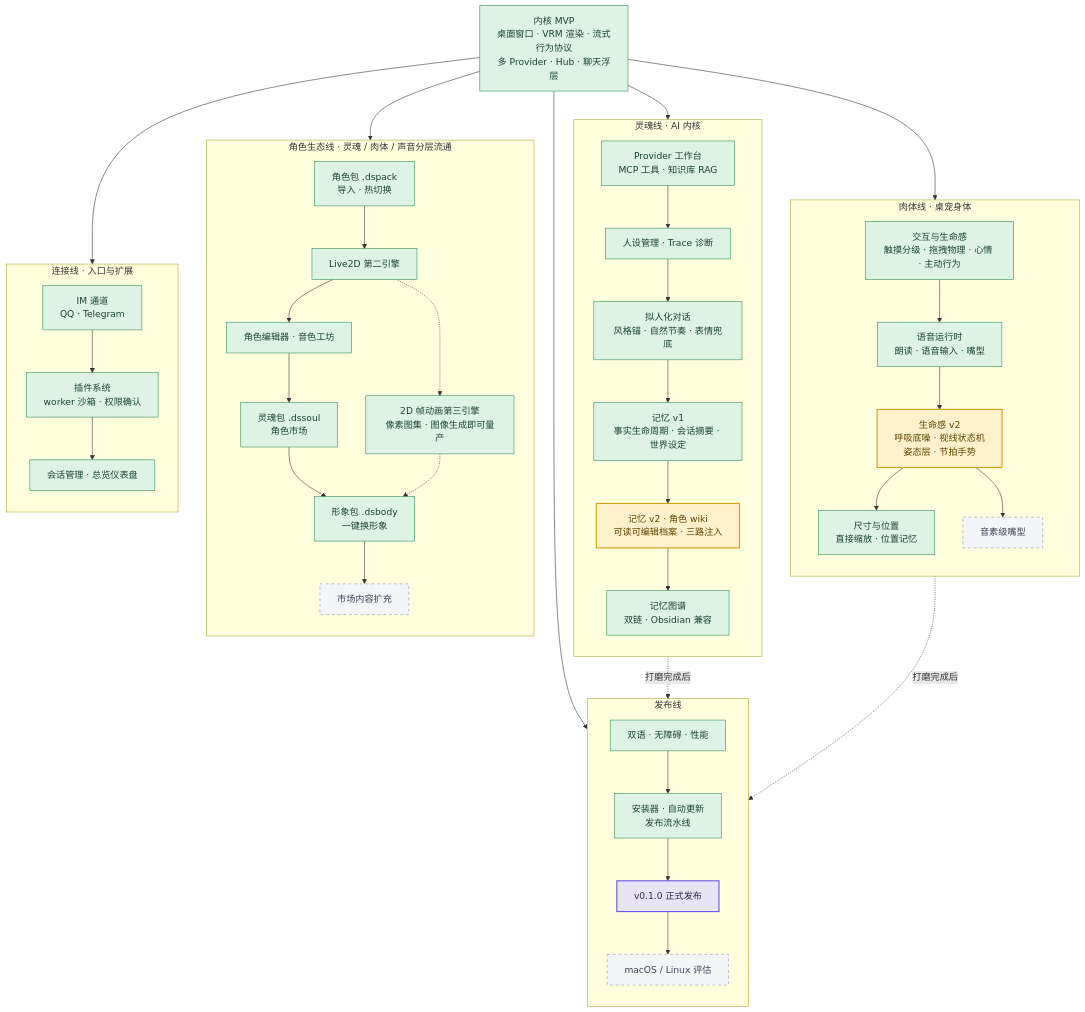
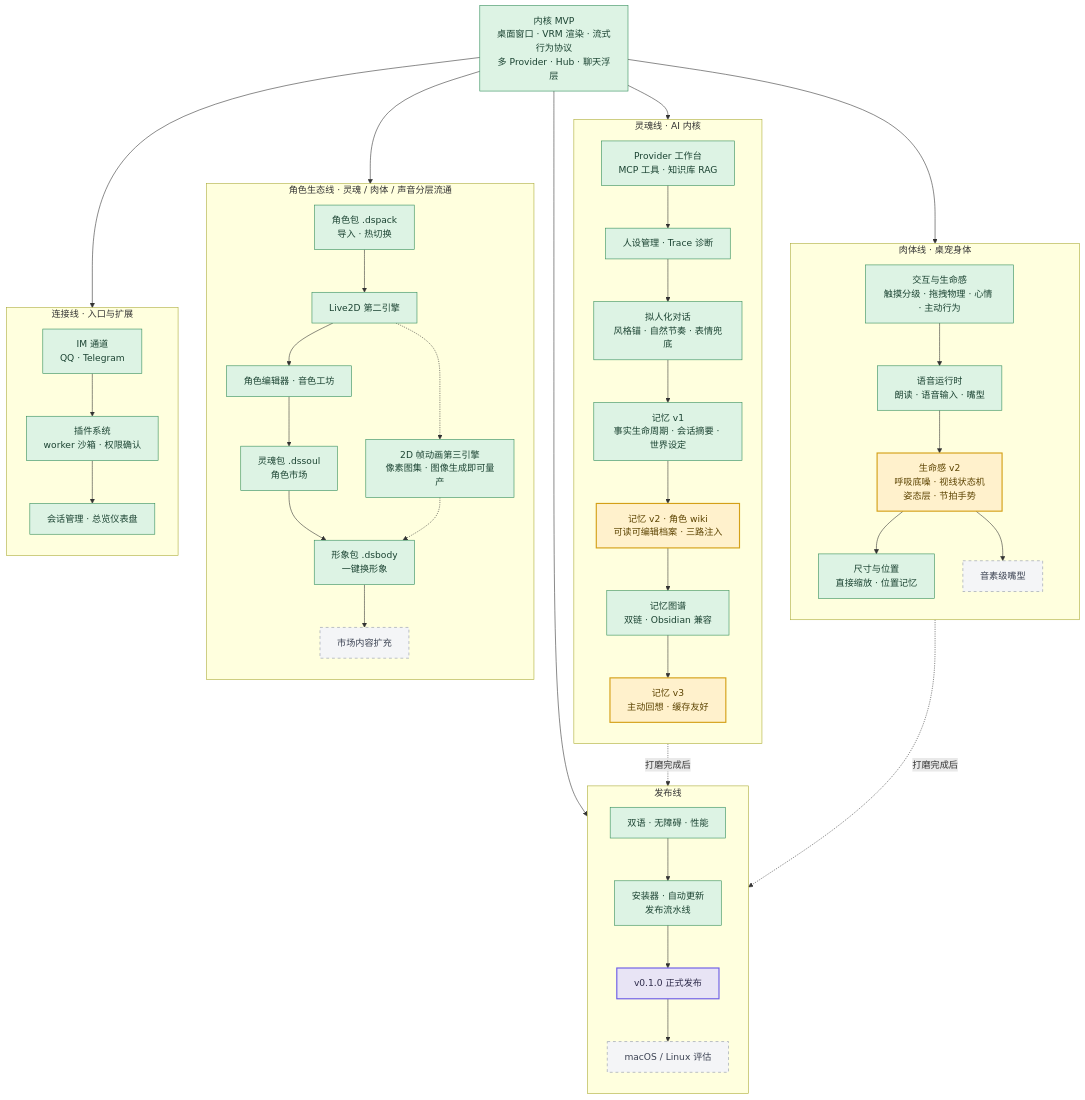
Before and after one commit to Furina-he/OpenPet: the second of 2 diagrams in README.md, drawn with Mermaid. The commit also changed other lines of this file and 4 other files, not shown here.

````diff
--- a/README.md
+++ b/README.md
@@ -234,71 +234,72 @@
 ```mermaid
 flowchart TB
   classDef done fill:#DDF3E4,stroke:#2E8B57,color:#1B4332
   classDef active fill:#FFF1CC,stroke:#D4A017,color:#5C4300,stroke-width:2px
   classDef plan fill:#F4F5F7,stroke:#8A94A6,color:#3B4252,stroke-dasharray: 5 5
   classDef gate fill:#E8E4F5,stroke:#6C5CE7,color:#2D2A4A,stroke-width:2px
 
   MVP["内核 MVP<br/>桌面窗口 · VRM 渲染 · 流式行为协议<br/>多 Provider · Hub · 聊天浮层"]:::done
 
   subgraph BODY["肉体线 · 桌宠身体"]
     direction TB
     B1["交互与生命感<br/>触摸分级 · 拖拽物理 · 心情 · 主动行为"]:::done
     B2["语音运行时<br/>朗读 · 语音输入 · 嘴型"]:::done
     B3["生命感 v2<br/>呼吸底噪 · 视线状态机<br/>姿态层 · 节拍手势"]:::active
     B4["尺寸与位置<br/>直接缩放 · 位置记忆"]:::done
     B5["音素级嘴型"]:::plan
     B1 --> B2 --> B3
     B3 --> B4
     B3 --> B5
   end
 
   subgraph SOUL["灵魂线 · AI 内核"]
     direction TB
     S1["Provider 工作台<br/>MCP 工具 · 知识库 RAG"]:::done
     S2["人设管理 · Trace 诊断"]:::done
     S3["拟人化对话<br/>风格锚 · 自然节奏 · 表情兜底"]:::done
     S4["记忆 v1<br/>事实生命周期 · 会话摘要 · 世界设定"]:::done
     S5["记忆 v2 · 角色 wiki<br/>可读可编辑档案 · 三路注入"]:::active
     S6["记忆图谱<br/>双链 · Obsidian 兼容"]:::done
-    S1 --> S2 --> S3 --> S4 --> S5 --> S6
+    S7["记忆 v3<br/>主动回想 · 缓存友好"]:::active
+    S1 --> S2 --> S3 --> S4 --> S5 --> S6 --> S7
   end
 
   subgraph ECO["角色生态线 · 灵魂 / 肉体 / 声音分层流通"]
     direction TB
     E1["角色包 .dspack<br/>导入 · 热切换"]:::done
     E2["Live2D 第二引擎"]:::done
     E7["2D 帧动画第三引擎<br/>像素图集 · 图像生成即可量产"]:::done
     E3["角色编辑器 · 音色工坊"]:::done
     E4["灵魂包 .dssoul<br/>角色市场"]:::done
     E5["形象包 .dsbody<br/>一键换形象"]:::done
     E6["市场内容扩充"]:::plan
     E1 --> E2 --> E3 --> E4 --> E5 --> E6
     E2 -.-> E7
     E7 -.-> E5
   end
 
   subgraph LINK["连接线 · 入口与扩展"]
     direction TB
     L1["IM 通道<br/>QQ · Telegram"]:::done
     L2["插件系统<br/>worker 沙箱 · 权限确认"]:::done
     L3["会话管理 · 总览仪表盘"]:::done
     L1 --> L2 --> L3
   end
 
   subgraph SHIP["发布线"]
     direction TB
     R1["双语 · 无障碍 · 性能"]:::done
     R2["安装器 · 自动更新<br/>发布流水线"]:::done
     R3["v0.1.0 正式发布"]:::gate
     R4["macOS / Linux 评估"]:::plan
     R1 --> R2 --> R3 --> R4
   end
 
   MVP --> B1
   MVP --> S1
   MVP --> E1
   MVP --> L1
   MVP --> R1
   B3 -.打磨完成后.-> R3
-  S6 -.打磨完成后.-> R3
+  S7 -.打磨完成后.-> R3
 ```
````
